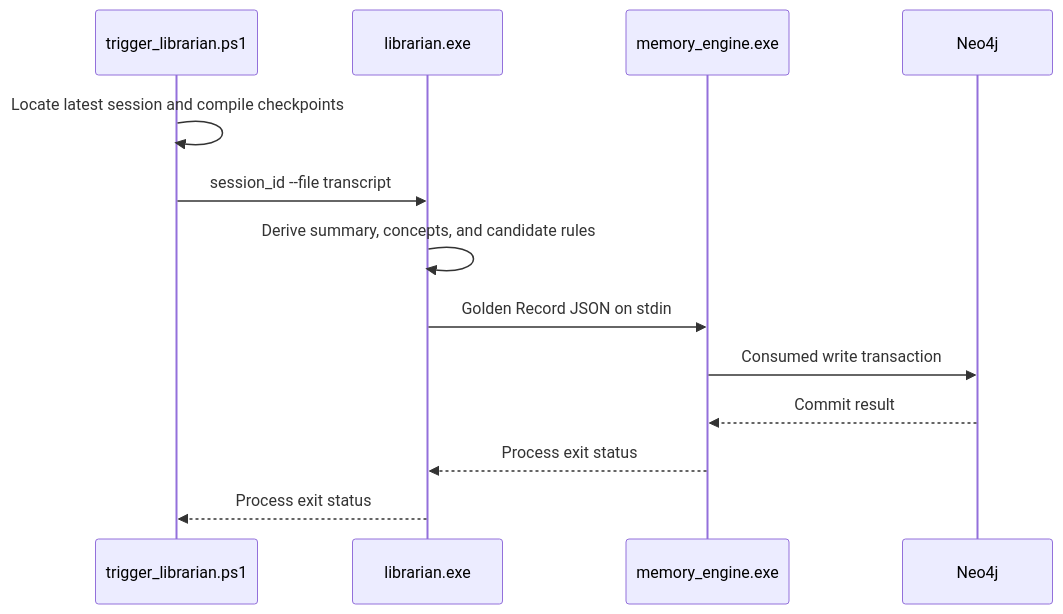
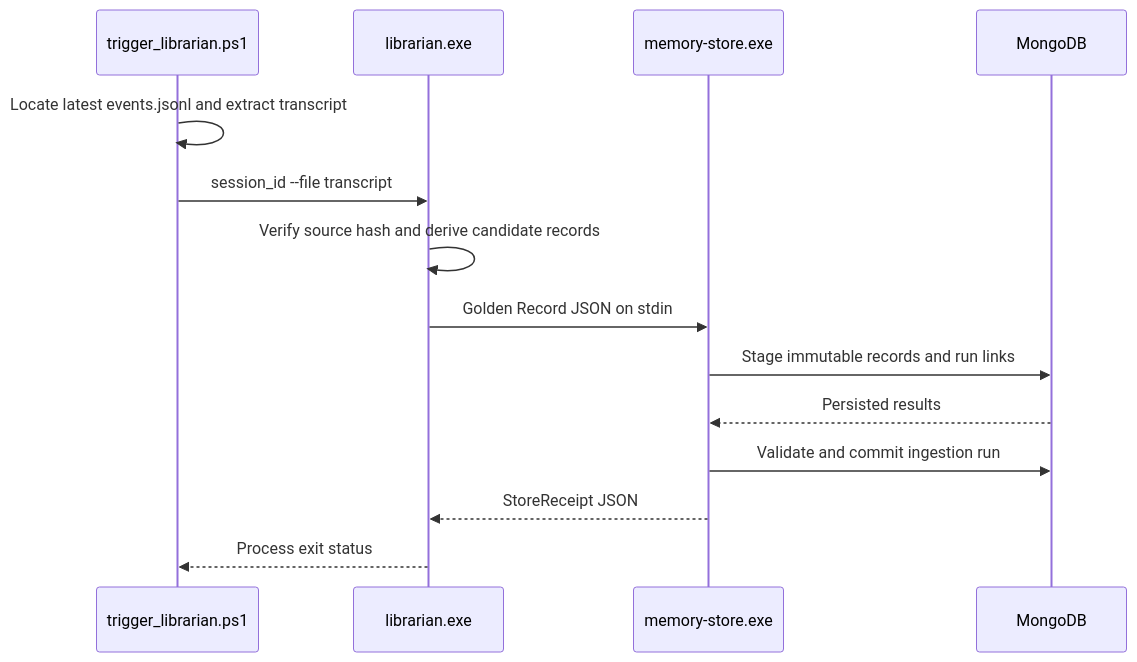
One commit to usrname1git/GodBrain changed the fourth of 4 diagrams in ARCHITECTURE.md. Above: the diagram before and after it, drawn with Mermaid. The commit also changed other lines of this file and 6 other files, not shown here.

````diff
--- a/ARCHITECTURE.md
+++ b/ARCHITECTURE.md
@@ -230,16 +228,17 @@
 ```mermaid
 sequenceDiagram
     participant T as trigger_librarian.ps1
     participant L as librarian.exe
-    participant G as memory_engine.exe
-    participant N as Neo4j
+    participant G as memory-store.exe
+    participant M as MongoDB
 
-    T->>T: Locate latest session and compile checkpoints
+    T->>T: Locate latest events.jsonl and extract transcript
     T->>L: session_id --file transcript
-    L->>L: Derive summary, concepts, and candidate rules
+    L->>L: Verify source hash and derive candidate records
     L->>G: Golden Record JSON on stdin
-    G->>N: Consumed write transaction
-    N-->>G: Commit result
-    G-->>L: Process exit status
+    G->>M: Stage immutable records and run links
+    M-->>G: Persisted results
+    G->>M: Validate and commit ingestion run
+    G-->>L: StoreReceipt JSON
     L-->>T: Process exit status
 ```
````
